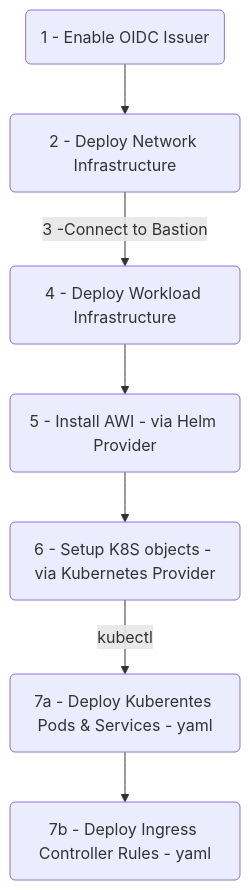
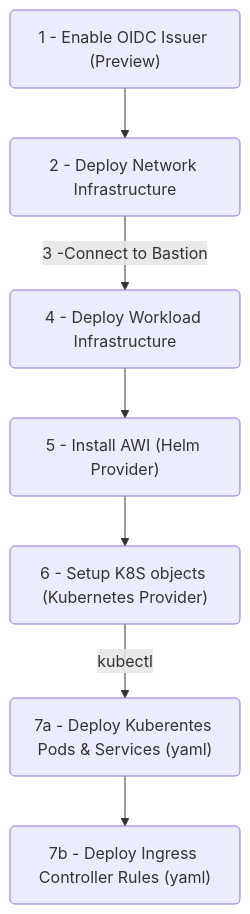
The diagram in README.md (epomatti/azure-multiregion-aks-cluster), drawn with Mermaid before and after one commit.

````diff
--- a/README.md
+++ b/README.md
@@ -27,10 +27,10 @@
 ```mermaid
 graph TD
-    oidc(1 - Enable OIDC Issuer)
+    oidc("1 - Enable OIDC Issuer (Preview)")
     oidc --> network(2 - Deploy Network Infrastructure)
     network -->|3 -Connect to Bastion| workload(4 - Deploy Workload Infrastructure)
-    workload --> awi(5 - Install AWI - via Helm Provider)
-    awi --> kubernetes(6 - Setup K8S objects - via Kubernetes Provider)
-    kubernetes -->|kubectl| pods(7a - Deploy Kuberentes Pods & Services - yaml)
-    pods --> ingress(7b - Deploy Ingress Controller Rules - yaml)
+    workload --> awi("5 - Install AWI (Helm Provider)")
+    awi --> kubernetes("6 - Setup K8S objects (Kubernetes Provider)")
+    kubernetes -->|kubectl| pods("7a - Deploy Kuberentes Pods & Services (yaml)")
+    pods --> ingress("7b - Deploy Ingress Controller Rules (yaml)")
 ```
````
